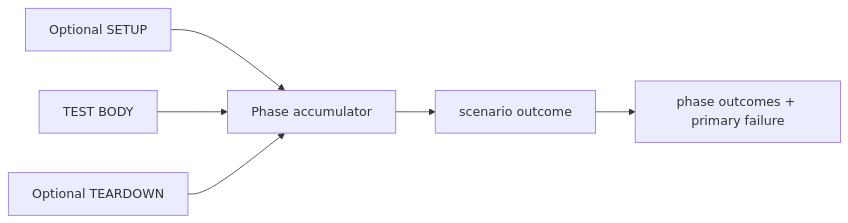
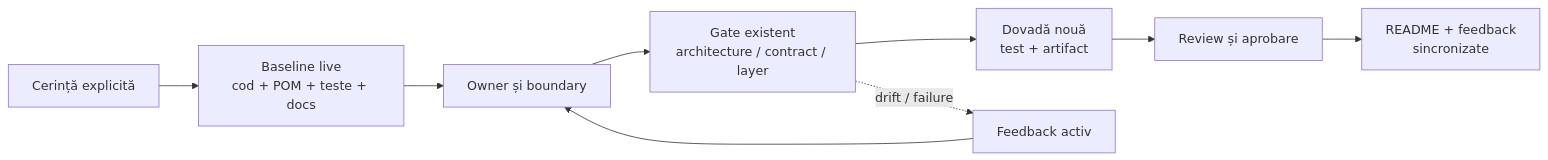
One commit to crististefanita/demo2 changed the sixth of 6 diagrams in README.md. Above: the diagram before and after it, drawn with Mermaid. The commit also changed other lines of this file and 894 other files, not shown here.

````diff
--- a/README.md
+++ b/README.md
@@ -394,8 +287,15 @@
 ```mermaid
 flowchart LR
-    Setup[Optional SETUP] --> Acc[Phase accumulator]
-    Body[TEST BODY] --> Acc
-    Teardown[Optional TEARDOWN] --> Acc
-    Acc --> Outcome[scenario outcome]
-    Outcome --> Evidence[phase outcomes + primary failure]
+    Request[Cerință explicită]
+    Baseline[Baseline live<br/>cod + POM + teste + docs]
+    Owner[Owner și boundary]
+    Gate[Gate existent<br/>architecture / contract / layer]
+    Evidence[Dovadă nouă<br/>test + artifact]
+    Review[Review și aprobare]
+    Sync[README + feedback<br/>sincronizate]
+    Feedback[Feedback activ]
+
+    Request --> Baseline --> Owner --> Gate --> Evidence --> Review --> Sync
+    Gate -. drift / failure .-> Feedback
+    Feedback --> Owner
 ```
````
